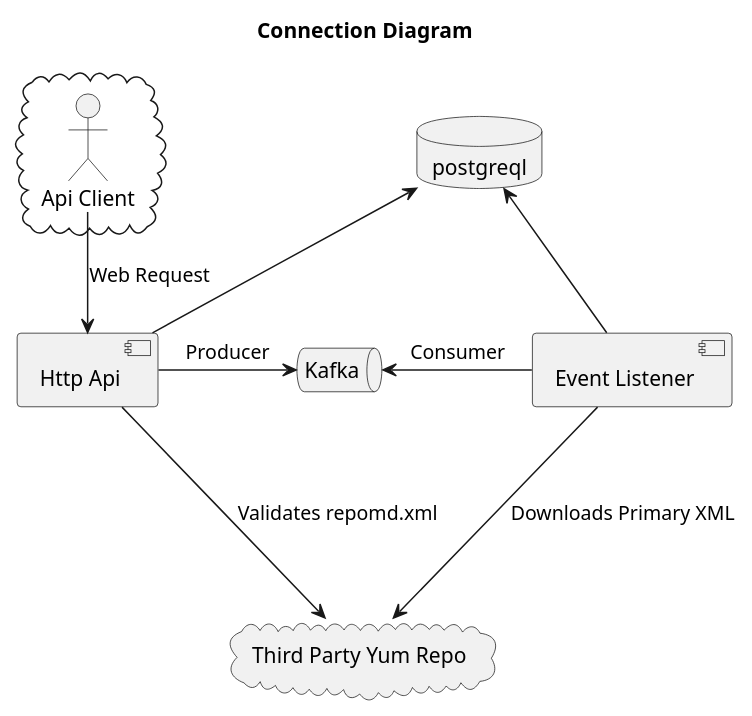
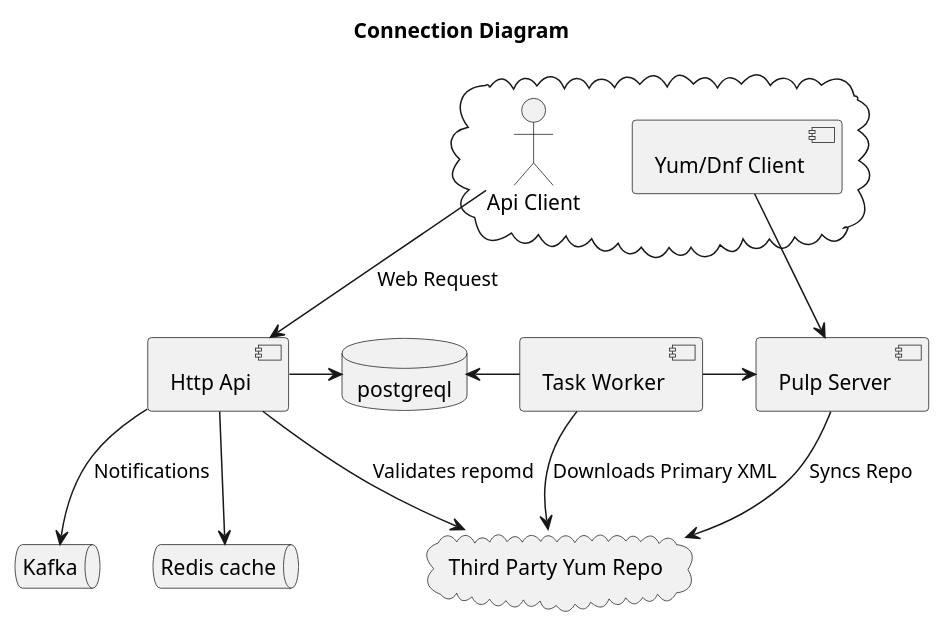
Before and after one commit to content-services/content-sources-backend: the diagram in docs/architecture.puml, drawn with PlantUML. The commit also changed 7 other files, not shown here.

```diff
--- a/docs/architecture.puml
+++ b/docs/architecture.puml
@@ -1,23 +1,30 @@
 @startuml
 'https://plantuml.com/deployment-diagram
 title Connection Diagram
 database postgreql
 queue Kafka as kafka
 cloud {
   actor "Api Client" as user
+  component "Yum/Dnf Client" as yumClient
 }
 
 cloud "Third Party Yum Repo" as yumRepo
 
 component "Http Api" as api
-component "Event Listener" as eventListener
+component "Task Worker" as taskWorker
+component "Pulp Server" as pulp
+queue "Redis cache" as redis
 
 
-user --> api : "Web Request"
-api -up-> postgreql
-api --> yumRepo: "Validates repomd.xml"
-api -right-> kafka: Producer
-kafka <-right- eventListener: Consumer
-eventListener -up-> postgreql
-eventListener ---> yumRepo: Downloads Primary XML
+user -down-> api : "Web Request"
+api -right-> postgreql
+api --> yumRepo: "Validates repomd"
+api --> kafka: Notifications
+api --> redis
+taskWorker -left-> postgreql
+taskWorker --> yumRepo: Downloads Primary XML
+taskWorker -right-> pulp
+yumClient -down-> pulp
+pulp --> yumRepo: Syncs Repo
+
 @enduml
```
